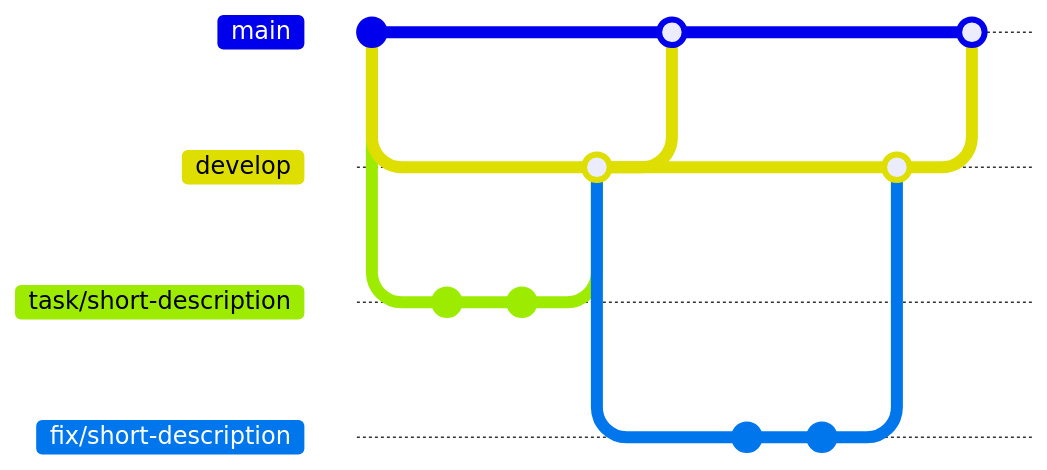
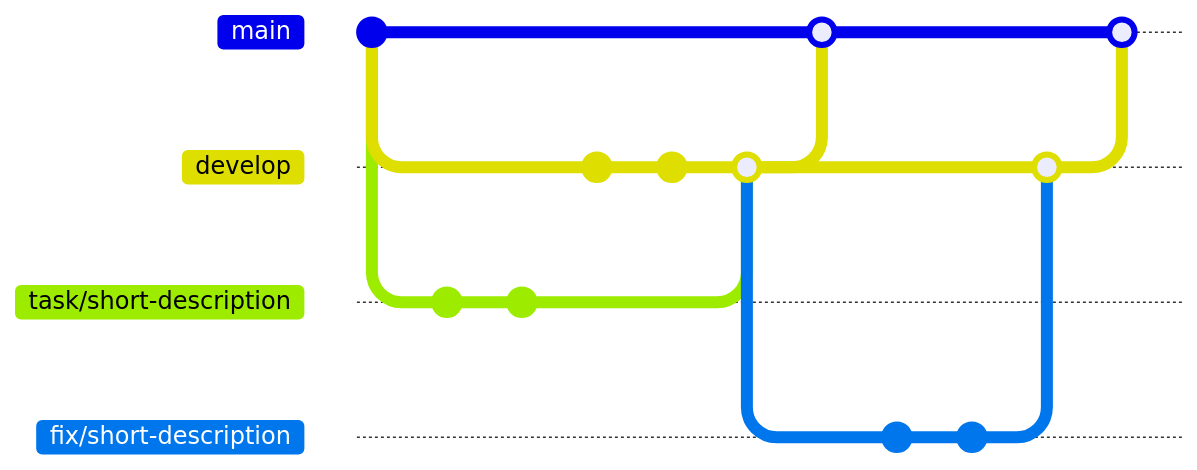
One commit to atrskv/demoblaze-tests changed the second of 2 diagrams in README.md. Above: the diagram before and after it, drawn with Mermaid. The commit also changed other lines of this file and 18 other files, not shown here. Commit ids are hidden.

````diff
--- a/README.md
+++ b/README.md
@@ -107,22 +188,24 @@
 ```mermaid
 gitGraph
    commit id: "Initial commit"
    branch develop
    branch task/short-description
    commit
    commit
    checkout develop
+   commit id: "Update README.md"
+   commit id: "Update .gitignore"
    merge task/short-description
    checkout main
    merge develop
    checkout develop
    branch fix/short-description
    commit
    commit
    checkout develop
    merge fix/short-description
    checkout main
    merge develop
 
 
 ```
````
